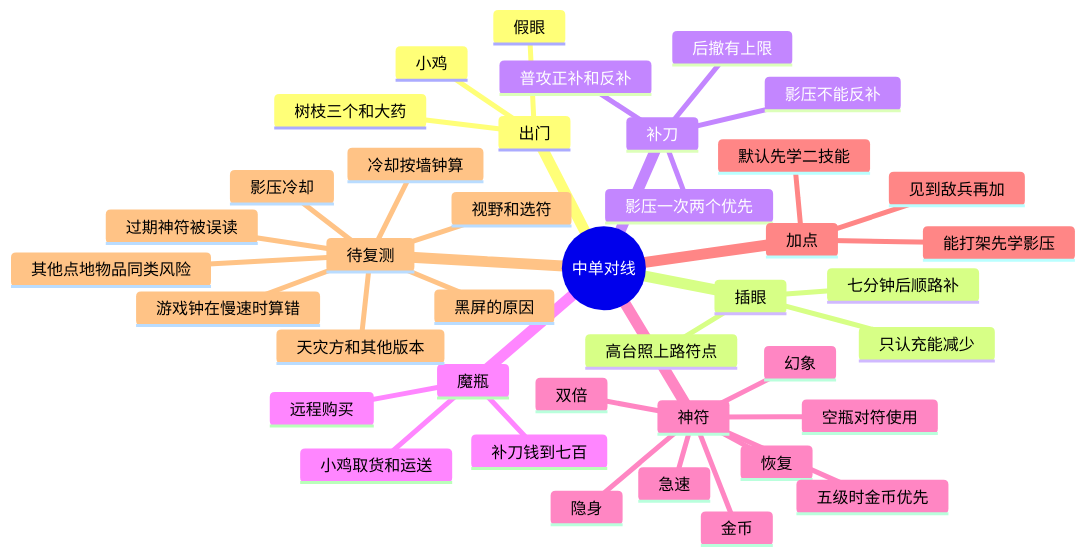
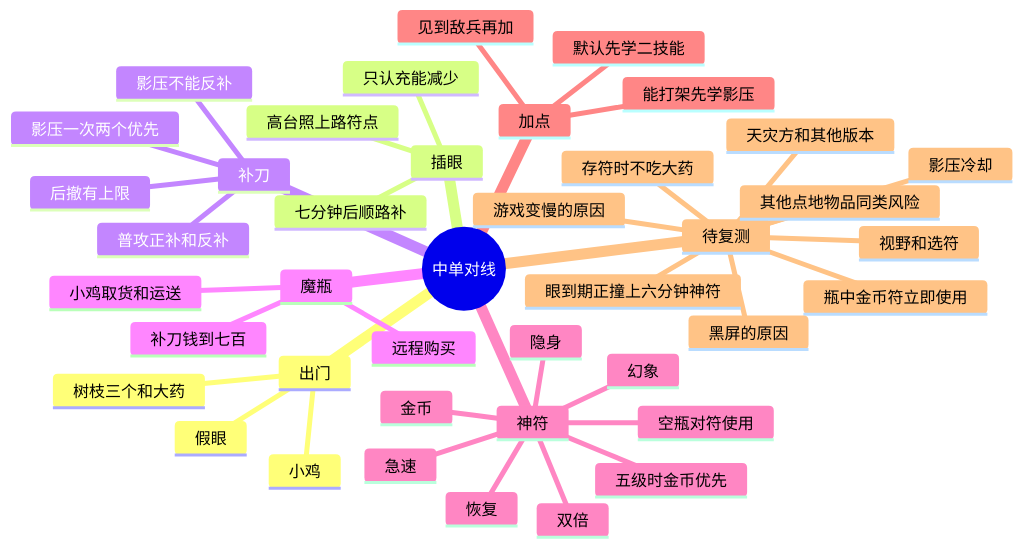
Before and after one commit to wuxiancong/War3Analysis: the diagram in analyses/dota-ai-laning-routine-mindmap.md, drawn with Mermaid. The commit also changed other lines of this file and 1 other file, not shown here.

Commit message:
分析：记录第五次对线实测和喝瓶共用冷却。
游戏钟、影压、装符、喝瓶已通过；存符时不吃大药仍未修。

````diff
--- a/analyses/dota-ai-laning-routine-mindmap.md
+++ b/analyses/dota-ai-laning-routine-mindmap.md
@@ -9,43 +9,44 @@
 ```mermaid
 mindmap
   root((中单对线))
     出门
       小鸡
       树枝三个和大药
       假眼
     插眼
       高台照上路符点
       只认充能减少
       七分钟后顺路补
     补刀
       普攻正补和反补
       影压一次两个优先
       影压不能反补
       后撤有上限
     魔瓶
       补刀钱到七百
       远程购买
       小鸡取货和运送
     神符
       隐身
       急速
       双倍
       幻象
       恢复
       金币
       五级时金币优先
       空瓶对符使用
     加点
       见到敌兵再加
       默认先学二技能
       能打架先学影压
     待复测
-      游戏钟在慢速时算错
-      过期神符被误读
-      冷却按墙钟算
+      眼到期正撞上六分钟神符
+      存符时不吃大药
+      瓶中金币符立即使用
+      游戏变慢的原因
       其他点地物品同类风险
       黑屏的原因
       视野和选符
       影压冷却
       天灾方和其他版本
 ```
````
